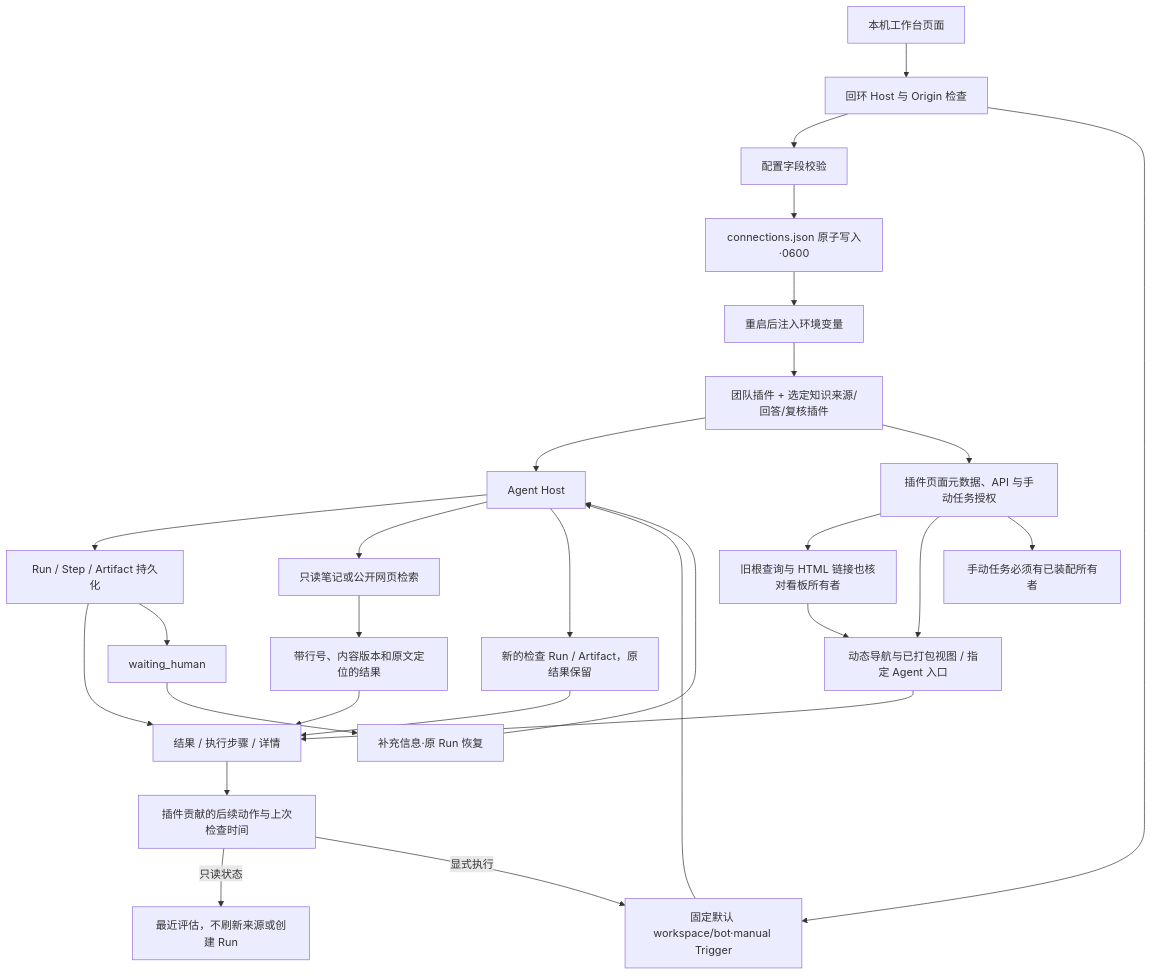
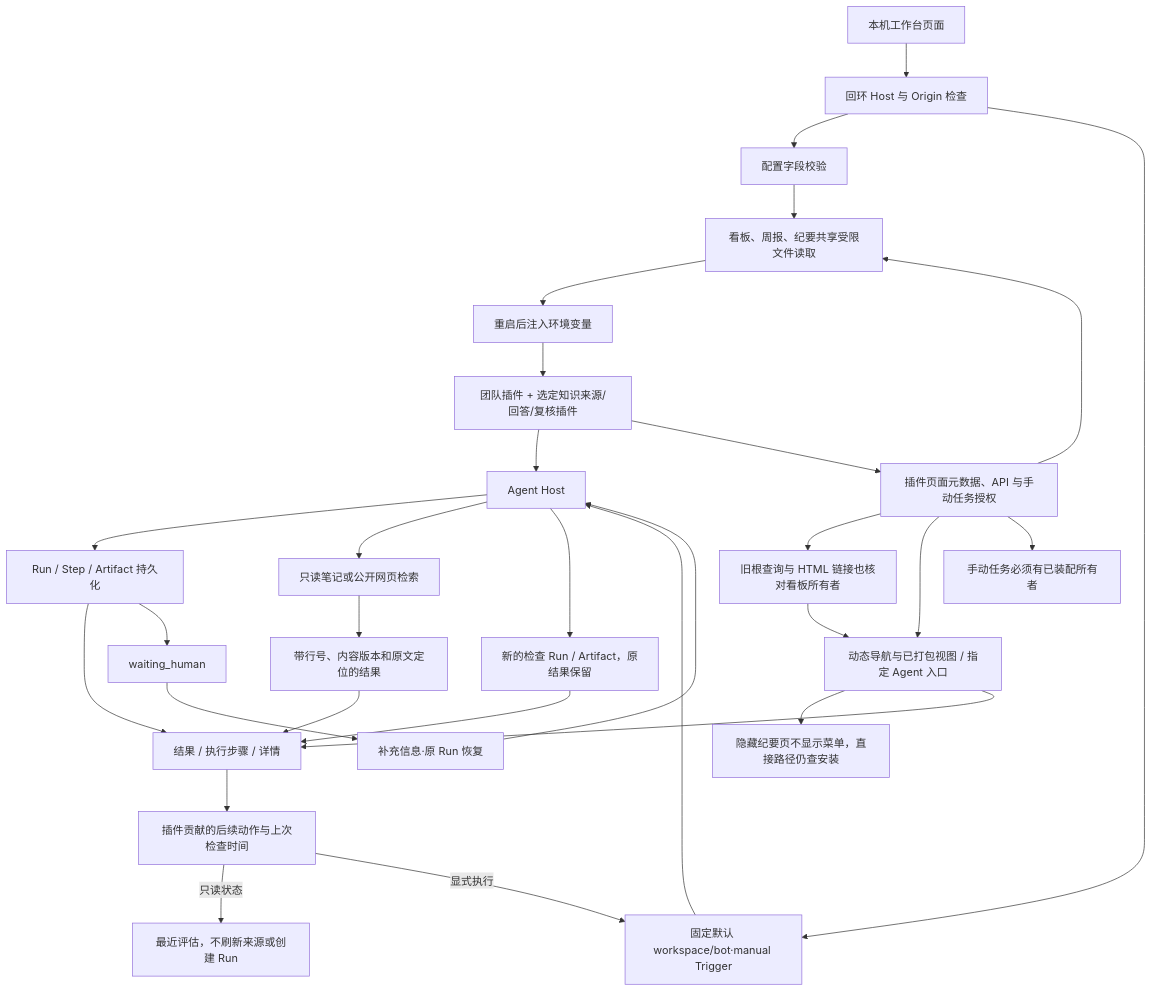
The diagram in backend/src/platform/workspace/FEATURE.md (KlayPeter/AI-Delivery-Ops-Agent), drawn with Mermaid before and after one commit. The commit also changed other lines of this file and 32 other files, not shown here.

````diff
--- a/backend/src/platform/workspace/FEATURE.md
+++ b/backend/src/platform/workspace/FEATURE.md
@@ -19,30 +19,32 @@
 ```mermaid
 flowchart TD
     UI[本机工作台页面] --> G[回环 Host 与 Origin 检查]
     G --> CFG[配置字段校验]
     CFG --> FILE[connections.json 原子写入·0600]
     FILE --> BOOT[重启后注入环境变量]
     BOOT --> PL[团队插件 + 选定知识来源/回答/复核插件]
     PL --> H[Agent Host]
     G --> T[固定默认 workspace/bot·manual Trigger]
     T --> H
     H --> R[Run / Step / Artifact 持久化]
     R --> V[结果 / 执行步骤 / 详情]
     R --> WAIT[waiting_human]
     WAIT --> REPLY[补充信息·原 Run 恢复]
     REPLY --> H
     H --> K[只读笔记或公开网页检索]
     K --> EV[带行号、内容版本和原文定位的结果]
     EV --> V
     PL --> WEB[插件页面元数据、API 与手动任务授权]
     WEB --> ALIAS[旧根查询与 HTML 链接也核对看板所有者]
     ALIAS --> NAV
     WEB --> NAV[动态导航与已打包视图 / 指定 Agent 入口]
+    NAV --> HIDDEN[隐藏纪要页不显示菜单，直接路径仍查安装]
+    WEB --> FILE[看板、周报、纪要共享受限文件读取]
     NAV --> V
     WEB --> JOBS[手动任务必须有已装配所有者]
     V --> ACT[插件贡献的后续动作与上次检查时间]
     ACT -- 只读状态 --> KV[最近评估，不刷新来源或创建 Run]
     ACT -- 显式执行 --> T
     H --> CHECK[新的检查 Run / Artifact，原结果保留]
     CHECK --> V
 ```
````
